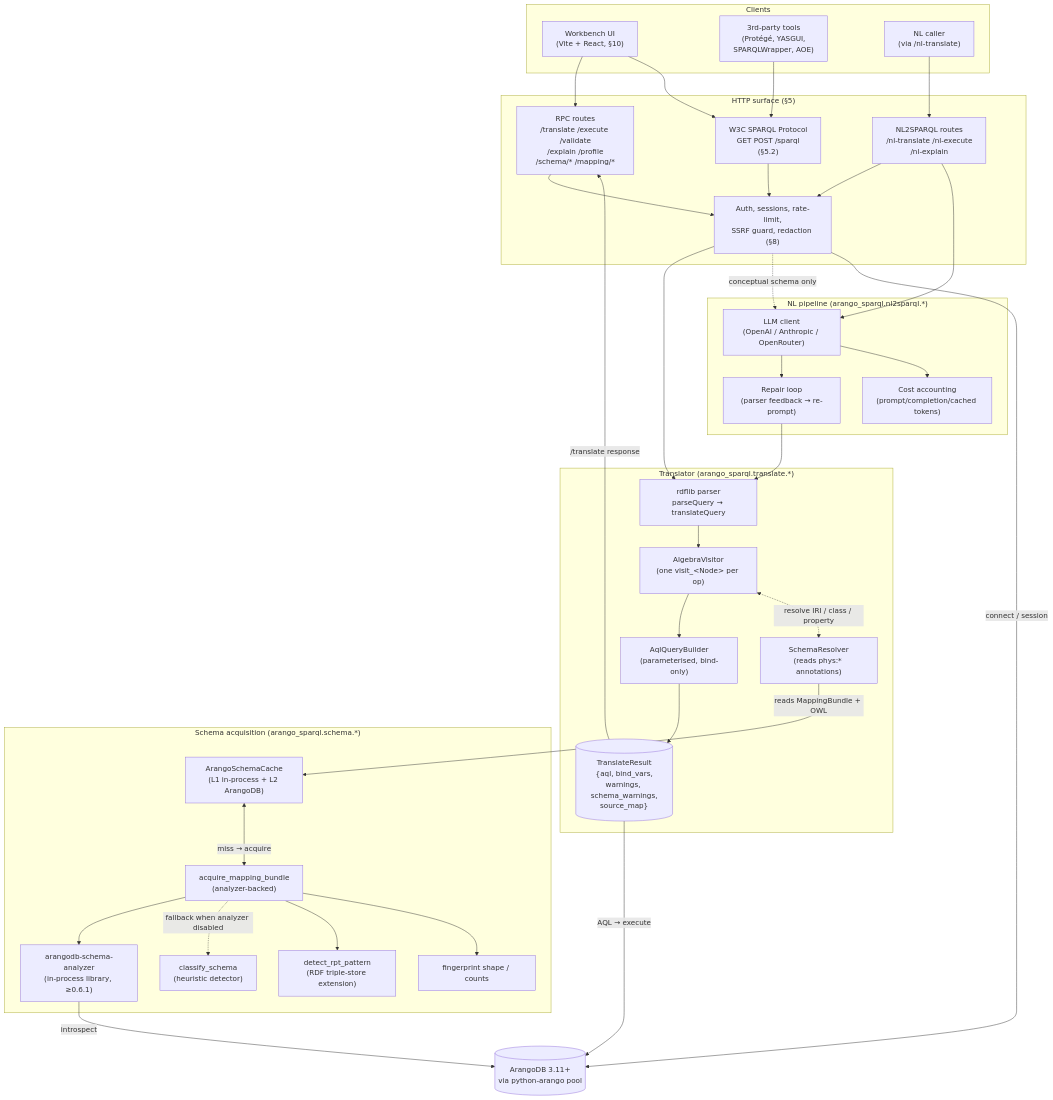
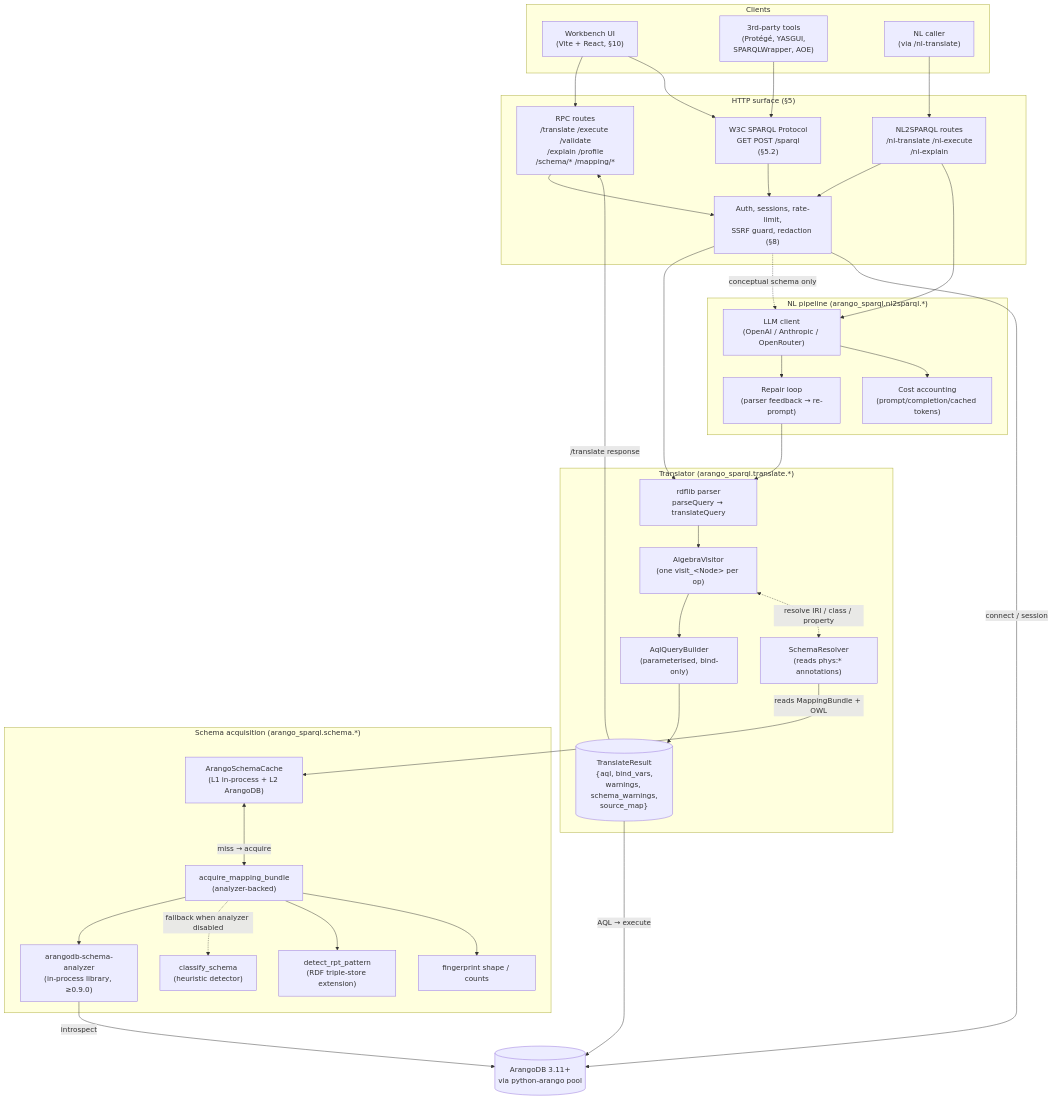
Before and after one commit to arango-solutions/arango-sparql-py: the diagram in docs/architecture/PRD.md, drawn with Mermaid. The commit also changed other lines of this file and 2 other files, not shown here.

First line of the commit message:
fix(deps): align analyzer version pin to >=0.9.0,<0.10.0 across PRD + code

````diff
--- a/docs/architecture/PRD.md
+++ b/docs/architecture/PRD.md
@@ -151,71 +151,71 @@
 ```mermaid
 flowchart TB
     subgraph clients["Clients"]
         UI["Workbench UI<br/>(Vite + React, §10)"]
         TPT["3rd-party tools<br/>(Protégé, YASGUI,<br/>SPARQLWrapper, AOE)"]
         NLU["NL caller<br/>(via /nl-translate)"]
     end
 
     subgraph http["HTTP surface (§5)"]
         RPC["RPC routes<br/>/translate /execute /validate<br/>/explain /profile<br/>/schema/* /mapping/*"]
         PROTO["W3C SPARQL Protocol<br/>GET POST /sparql<br/>(§5.2)"]
         NL["NL2SPARQL routes<br/>/nl-translate /nl-execute<br/>/nl-explain"]
         SEC["Auth, sessions, rate-limit,<br/>SSRF guard, redaction (§8)"]
     end
 
     subgraph translator["Translator (arango_sparql.translate.*)"]
         PARSE["rdflib parser<br/>parseQuery → translateQuery"]
         VISIT["AlgebraVisitor<br/>(one visit_&lt;Node&gt; per op)"]
         BUILD["AqlQueryBuilder<br/>(parameterised, bind-only)"]
         RESOLVE["SchemaResolver<br/>(reads phys:* annotations)"]
         OUT[("TranslateResult<br/>{aql, bind_vars,<br/>warnings, schema_warnings,<br/>source_map}")]
     end
 
     subgraph schema["Schema acquisition (arango_sparql.schema.*)"]
         DETECT["classify_schema<br/>(heuristic detector)"]
         ACQ["acquire_mapping_bundle<br/>(analyzer-backed)"]
         RPT["detect_rpt_pattern<br/>(RDF triple-store extension)"]
         CACHE["ArangoSchemaCache<br/>(L1 in-process + L2 ArangoDB)"]
         FP["fingerprint shape / counts"]
-        ANA["arangodb-schema-analyzer<br/>(in-process library, ≥0.6.1)"]
+        ANA["arangodb-schema-analyzer<br/>(in-process library, ≥0.9.0)"]
     end
 
     subgraph nlpipe["NL pipeline (arango_sparql.nl2sparql.*)"]
         LLM["LLM client<br/>(OpenAI / Anthropic / OpenRouter)"]
         REP["Repair loop<br/>(parser feedback → re-prompt)"]
         COST["Cost accounting<br/>(prompt/completion/cached tokens)"]
     end
 
     DB[("ArangoDB 3.11+<br/>via python-arango pool")]
 
     UI --> RPC
     UI --> PROTO
     TPT --> PROTO
     NLU --> NL
 
     RPC --> SEC
     PROTO --> SEC
     NL --> SEC
 
     SEC --> PARSE
     SEC -.->|conceptual schema only| LLM
     NL --> LLM
     LLM --> REP
     REP --> PARSE
     LLM --> COST
 
     PARSE --> VISIT --> BUILD --> OUT
     VISIT <-.->|resolve IRI / class / property| RESOLVE
 
     RESOLVE -->|reads MappingBundle + OWL| CACHE
     CACHE <-->|miss → acquire| ACQ
     ACQ --> ANA
     ACQ -.->|fallback when analyzer disabled| DETECT
     ACQ --> RPT
     ACQ --> FP
 
     OUT -->|/translate response| RPC
     OUT -->|AQL → execute| DB
     ANA -->|introspect| DB
     SEC -->|connect / session| DB
 ```
````
